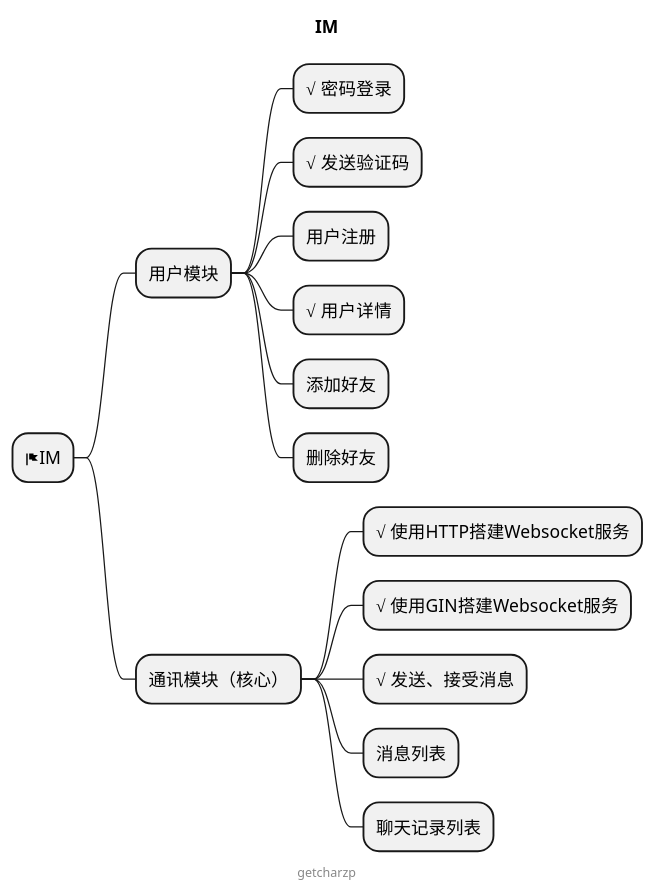
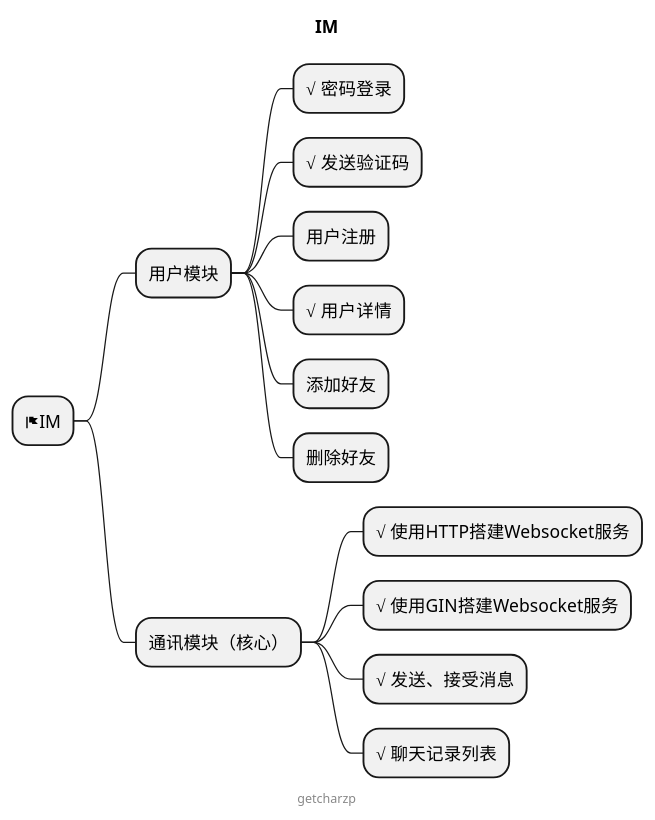
Before and after one commit to GetcharZp/im: the diagram in MIND.puml, drawn with PlantUML. The commit also changed 4 other files, not shown here.

```diff
--- a/MIND.puml
+++ b/MIND.puml
@@ -1,22 +1,21 @@
 @startmindmap
 
 title IM
 
 * <&flag>IM
 ** 用户模块
 *** √ 密码登录
 *** √ 发送验证码
 *** 用户注册
 *** √ 用户详情
 *** 添加好友
 *** 删除好友
 ** 通讯模块（核心）
 *** √ 使用HTTP搭建Websocket服务
 *** √ 使用GIN搭建Websocket服务
 *** √ 发送、接受消息
-*** 消息列表
-*** 聊天记录列表
+*** √ 聊天记录列表
 
 center footer getcharzp
 
 @endmindmap
```
